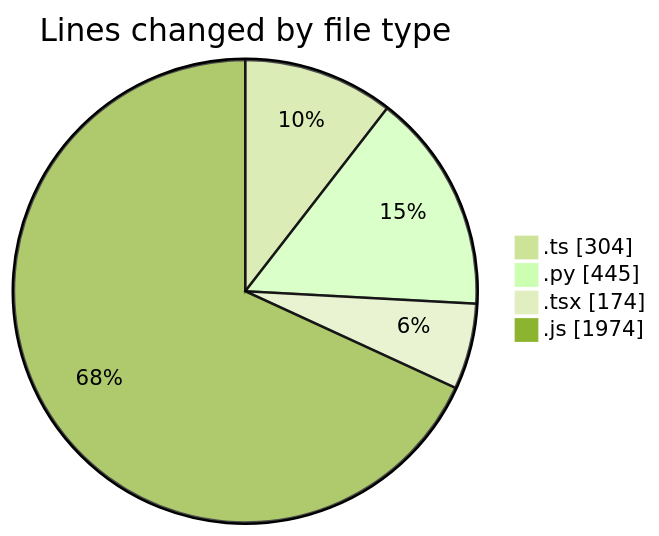
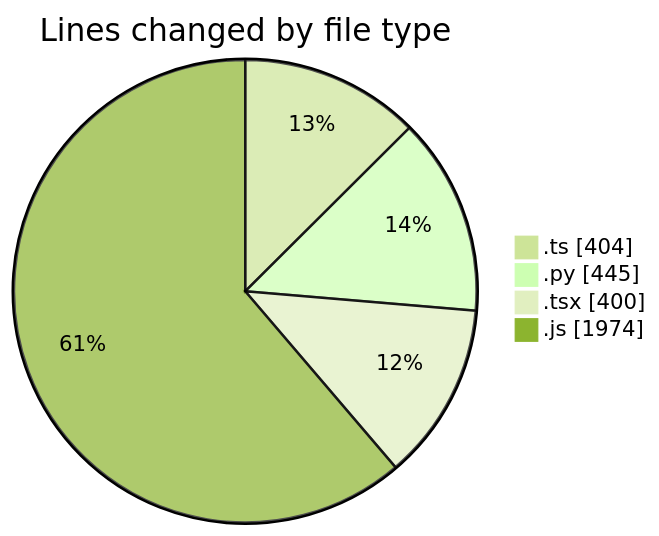
Before and after one commit to Elitesun/code-tracking: the first of 2 diagrams in 2025-05-19/niten/README.md, drawn with Mermaid (forest theme). The commit also changed other lines of this file and 1 other file, not shown here.

````diff
--- a/2025-05-19/niten/README.md
+++ b/2025-05-19/niten/README.md
@@ -29,8 +31,8 @@
 ```mermaid
 pie showData
 title Lines changed by file type
-".ts" : 304
+".ts" : 404
 ".py" : 445
-".tsx" : 174
+".tsx" : 400
 ".js" : 1974
 ```
````
